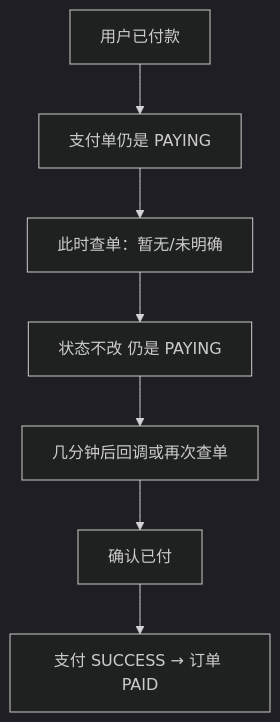
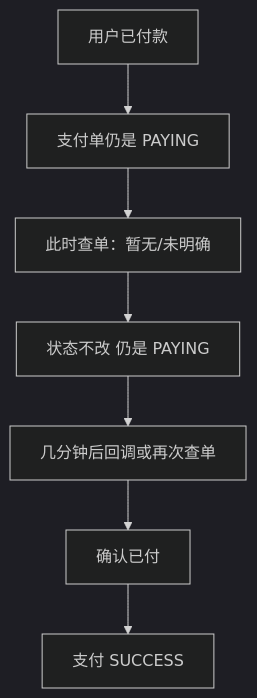
One commit to jv-morningGlory/- changed the fifth of 10 diagrams in Java/Spring/场景题/支付系统/user-order-payment-status.md. Above: the diagram before and after it, drawn with Mermaid (dark theme). The commit also changed other lines of this file, not shown here.

````diff
--- a/Java/Spring/场景题/支付系统/user-order-payment-status.md
+++ b/Java/Spring/场景题/支付系统/user-order-payment-status.md
@@ -140,9 +115,9 @@
 ```mermaid
 flowchart TD
     A[用户已付款] --> B[支付单仍是 PAYING]
     B --> C[此时查单：暂无/未明确]
     C --> D[状态不改 仍是 PAYING]
     D --> E[几分钟后回调或再次查单]
     E --> F[确认已付]
-    F --> G[支付 SUCCESS → 订单 PAID]
+    F --> G[支付 SUCCESS]
 ```
````
